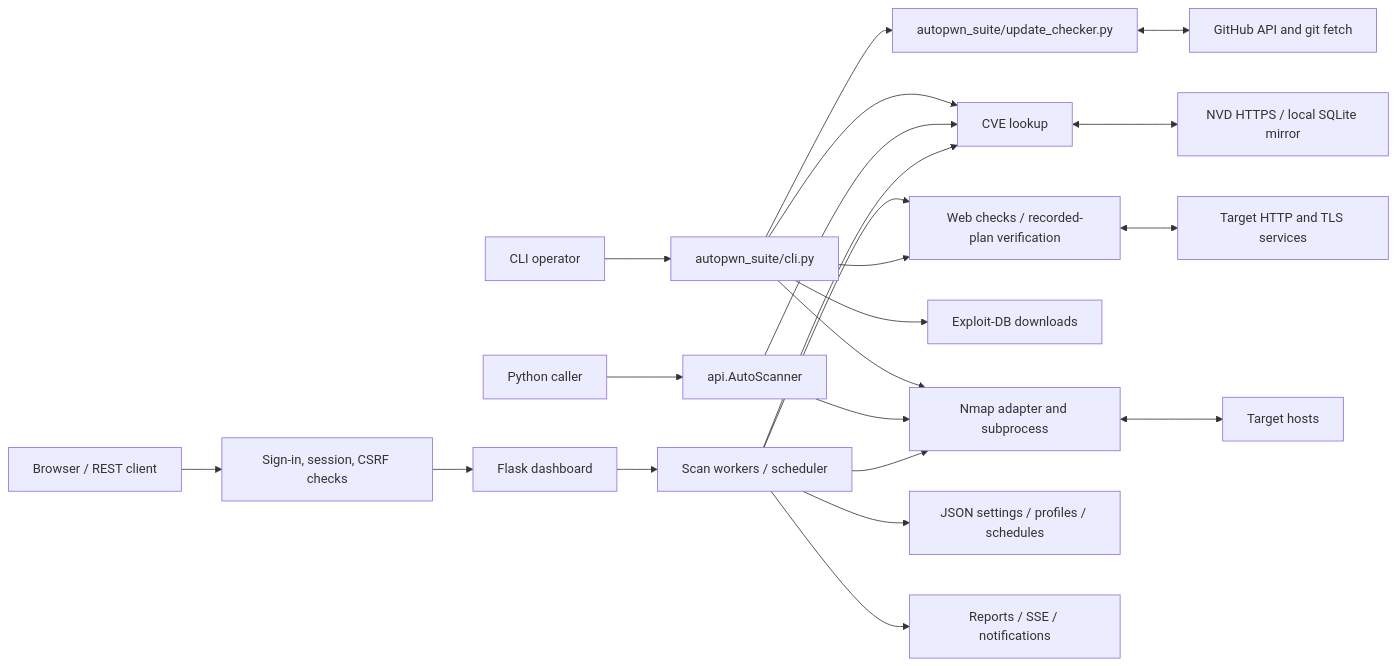
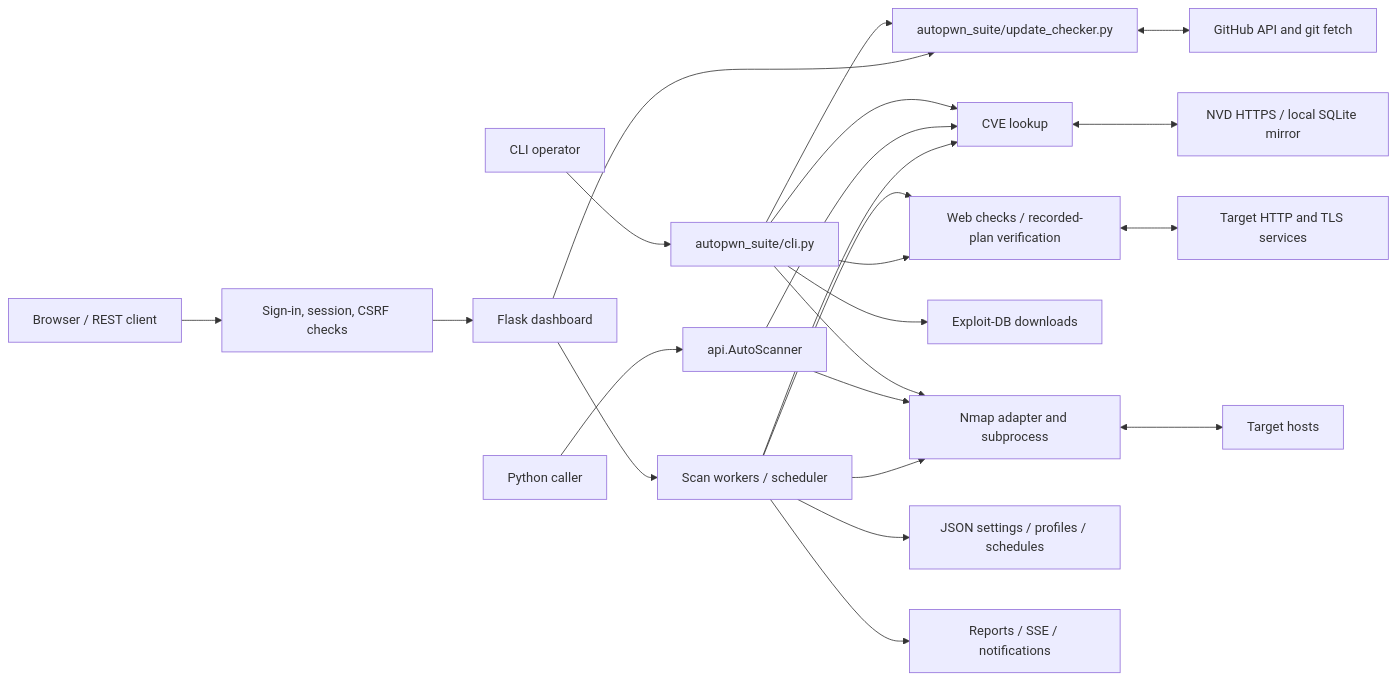
One commit to GamehunterKaan/AutoPWN-Suite changed the diagram in docs/ARCHITECTURE.md. Above: the diagram before and after it, drawn with Mermaid. The commit also changed other lines of this file and 16 other files, not shown here.

````diff
--- a/docs/ARCHITECTURE.md
+++ b/docs/ARCHITECTURE.md
@@ -26,24 +26,25 @@
 ```mermaid
 flowchart LR
   CLI[CLI operator] --> Main[autopwn_suite/cli.py]
   Caller[Python caller] --> API[api.AutoScanner]
   Browser[Browser / REST client] --> Auth[Sign-in, session, CSRF checks]
   Auth --> Web[Flask dashboard]
   Web --> Workers[Scan workers / scheduler]
   Main --> Adapter[Nmap adapter and subprocess]
   API --> Adapter
   Workers --> Adapter
   Adapter <--> Targets[Target hosts]
   Workers --> HTTP[Web checks / recorded-plan verification]
   Main --> HTTP
   HTTP <--> Websites[Target HTTP and TLS services]
   Main --> Lookup[CVE lookup]
   API --> Lookup
   Workers --> Lookup
   Lookup <--> NVD[NVD HTTPS / local SQLite mirror]
   Main --> Exploits[Exploit-DB downloads]
   Main --> Updater[autopwn_suite/update_checker.py]
   Updater <--> GitHub[GitHub API and git fetch]
+  Web --> Updater
   Workers --> State[JSON settings / profiles / schedules]
   Workers --> Reports[Reports / SSE / notifications]
 ```
````
